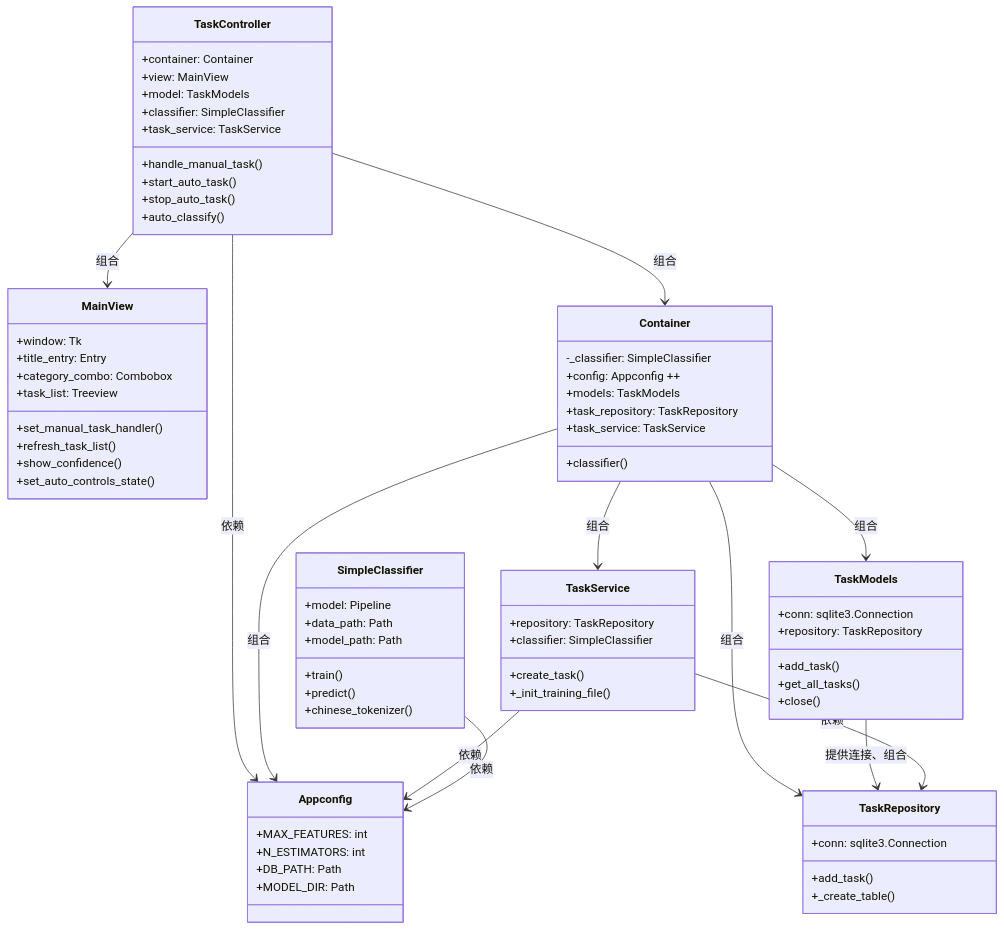
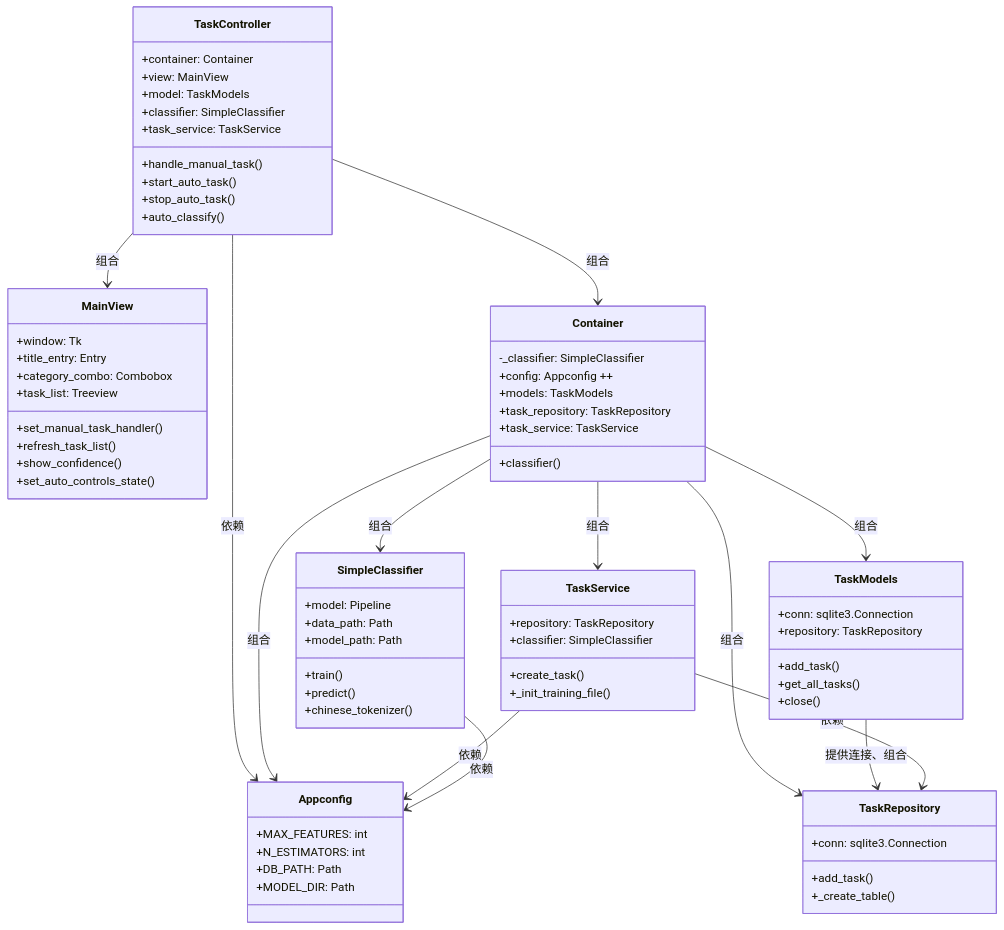
Before and after one commit to Ace-XiaoChuan/Schedule_mvp: the diagram in readme.md, drawn with Mermaid. The commit also changed other lines of this file, not shown here.

Commit message:
更新了mermaid使之符合现在的程序设计

````diff
--- a/readme.md
+++ b/readme.md
@@ -154,6 +154,7 @@
     Container --> TaskModels : 组合
     Container --> TaskRepository : 组合
     Container --> TaskService : 组合
+    Container --> SimpleClassifier : 组合
     TaskModels --> TaskRepository : 提供连接、组合
     TaskService --> TaskRepository : 依赖
 ```
````
